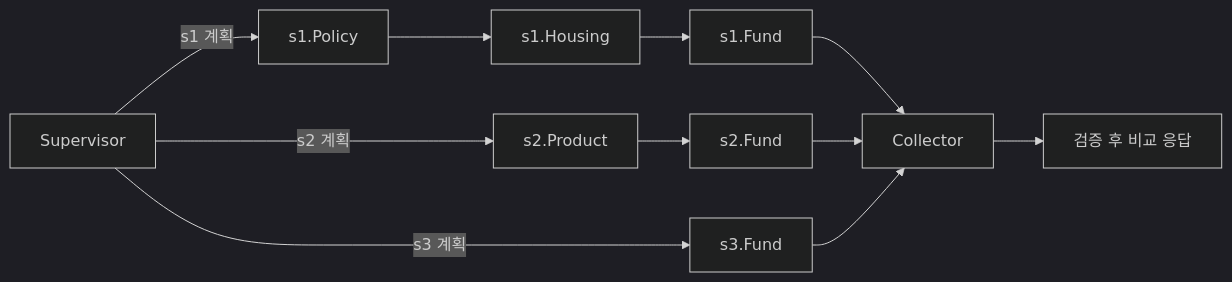
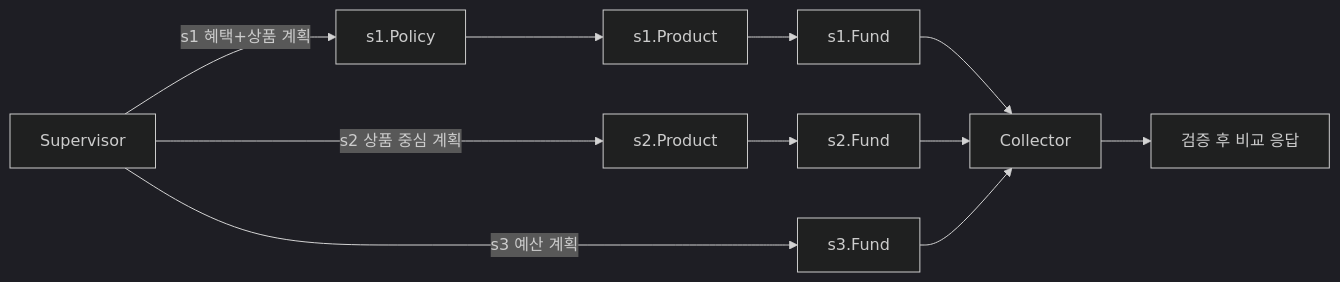
One commit to encore-ai-campus/mle-01-final-team1 changed the second of 2 diagrams in docs/멀티에이전트_설계안.md. Above: the diagram before and after it, drawn with Mermaid (dark theme). The commit also changed other lines of this file and 3 other files, not shown here.

````diff
--- a/docs/멀티에이전트_설계안.md
+++ b/docs/멀티에이전트_설계안.md
@@ -136,13 +154,13 @@
 ```mermaid
 flowchart LR
-    S[Supervisor] -->|s1 계획| P1[s1.Policy]
-    P1 --> H1[s1.Housing]
-    H1 --> F1[s1.Fund]
-    S -->|s2 계획| PR2[s2.Product]
+    S[Supervisor] -->|s1 혜택+상품 계획| P1[s1.Policy]
+    P1 --> PR1[s1.Product]
+    PR1 --> F1[s1.Fund]
+    S -->|s2 상품 중심 계획| PR2[s2.Product]
     PR2 --> F2[s2.Fund]
-    S -->|s3 계획| F3[s3.Fund]
+    S -->|s3 예산 계획| F3[s3.Fund]
     F1 --> C[Collector]
     F2 --> C
     F3 --> C
     C --> FIN[검증 후 비교 응답]
 ```
````
